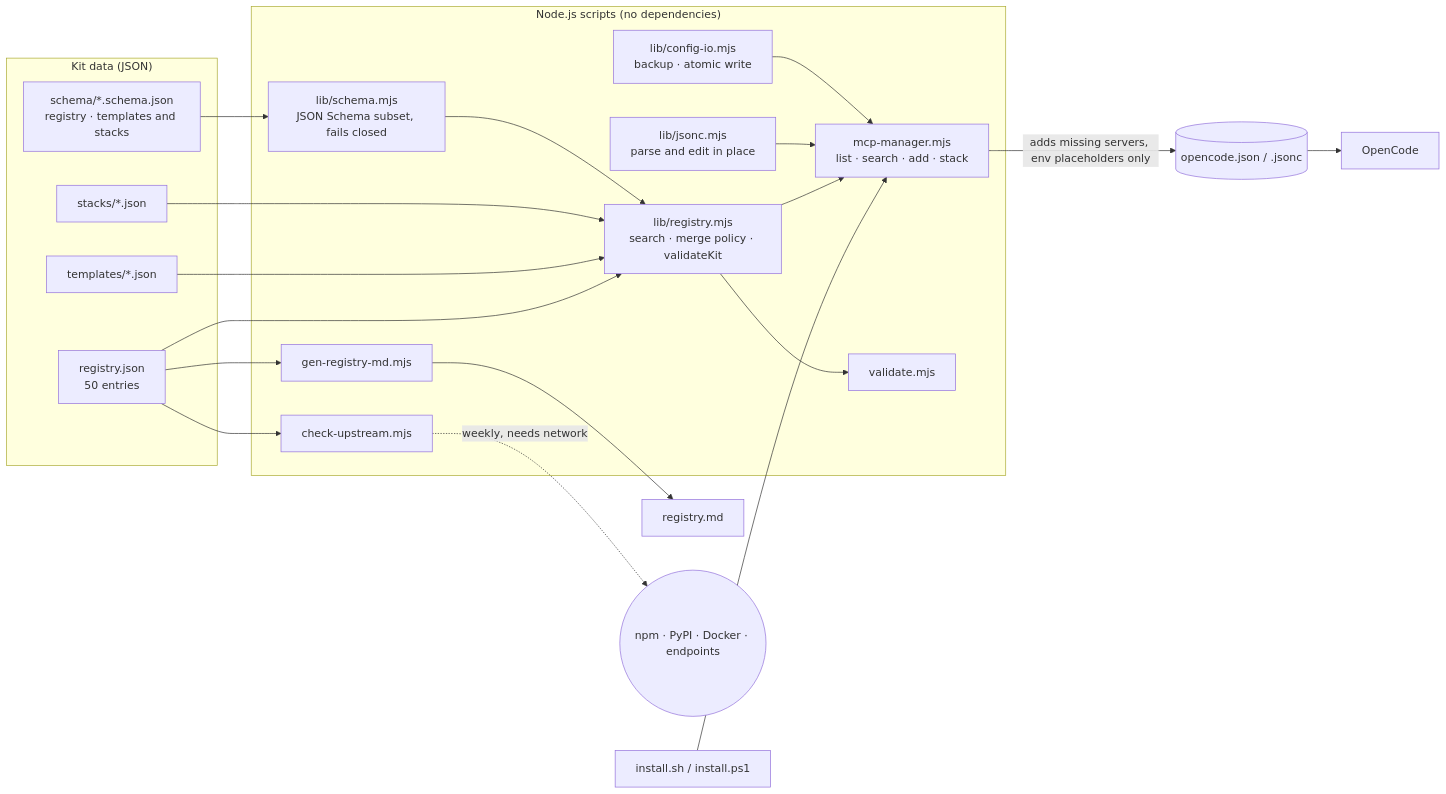
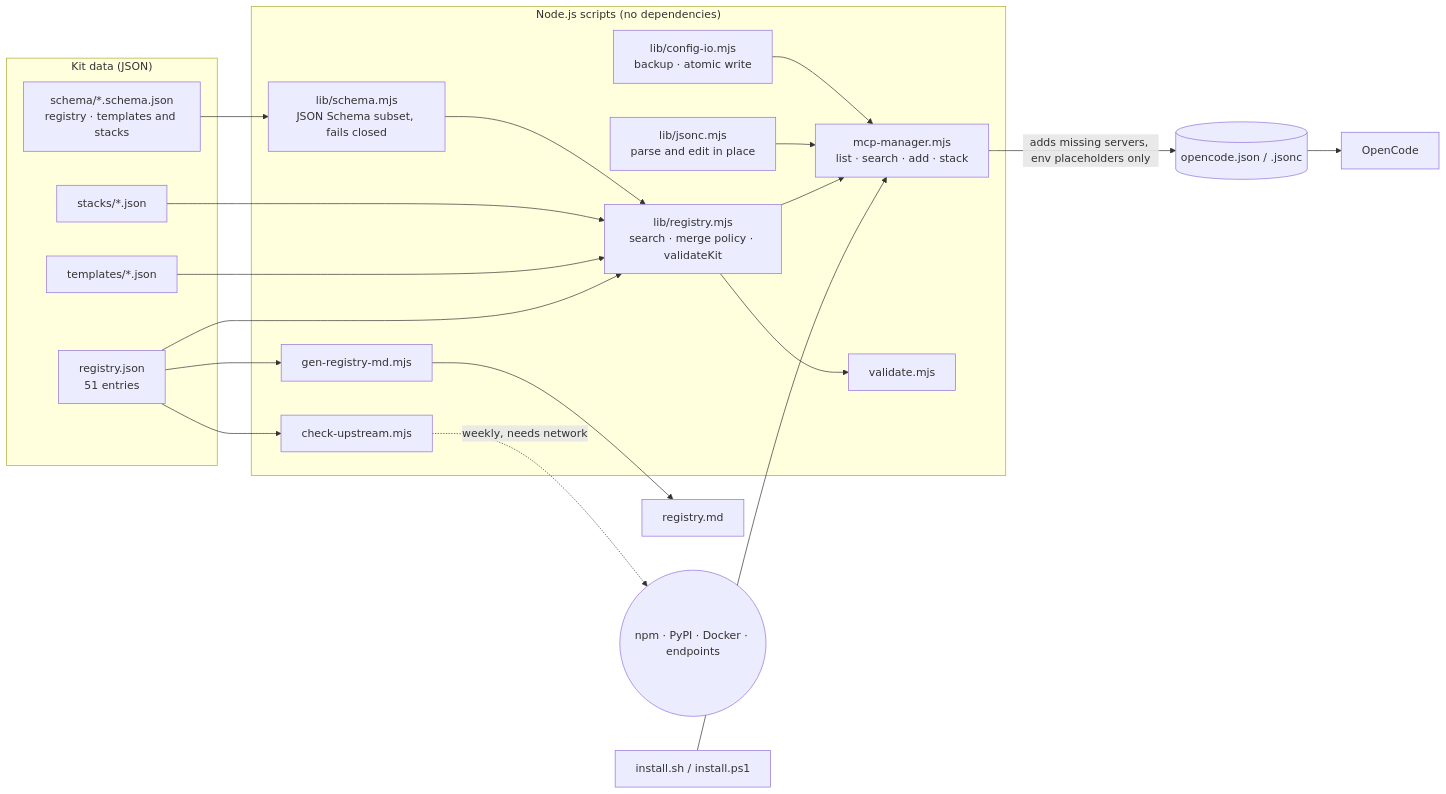
One commit to ai-dev-2024/opencode-superapp changed the diagram in README.md. Above: the diagram before and after it, drawn with Mermaid. The commit also changed other lines of this file and 6 other files, not shown here.

````diff
--- a/README.md
+++ b/README.md
@@ -180,33 +180,33 @@
 ```mermaid
 flowchart LR
   subgraph Data["Kit data (JSON)"]
-    R["registry.json<br/>50 entries"]
+    R["registry.json<br/>51 entries"]
     S["schema/*.schema.json<br/>registry · templates and stacks"]
     T["templates/*.json"]
     K["stacks/*.json"]
   end
   subgraph Code["Node.js scripts (no dependencies)"]
     V["lib/schema.mjs<br/>JSON Schema subset, fails closed"]
     L["lib/registry.mjs<br/>search · merge policy · validateKit"]
     J["lib/jsonc.mjs<br/>parse and edit in place"]
     IO["lib/config-io.mjs<br/>backup · atomic write"]
     M["mcp-manager.mjs<br/>list · search · add · stack"]
     VA["validate.mjs"]
     G["gen-registry-md.mjs"]
     U["check-upstream.mjs"]
   end
   I["install.sh / install.ps1"] --> M
   R --> L
   T --> L
   K --> L
   S --> V --> L
   L --> M
   L --> VA
   J --> M
   IO --> M
   R --> G --> MD["registry.md"]
   R --> U
   U -.->|"weekly, needs network"| NET(("npm · PyPI · Docker · endpoints"))
   M -->|"adds missing servers, env placeholders only"| O[("opencode.json / .jsonc")]
   O --> OC["OpenCode"]
 ```
````
